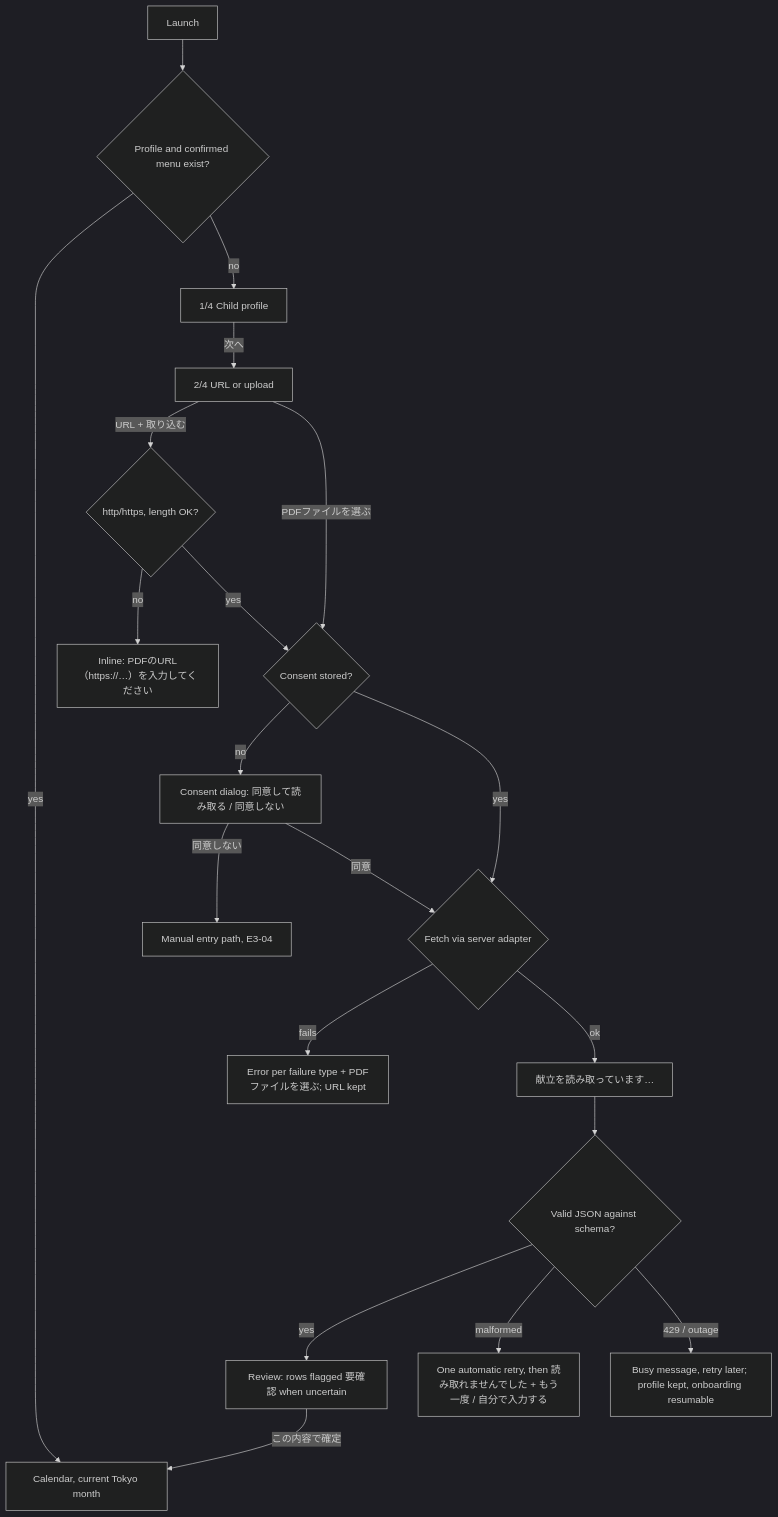
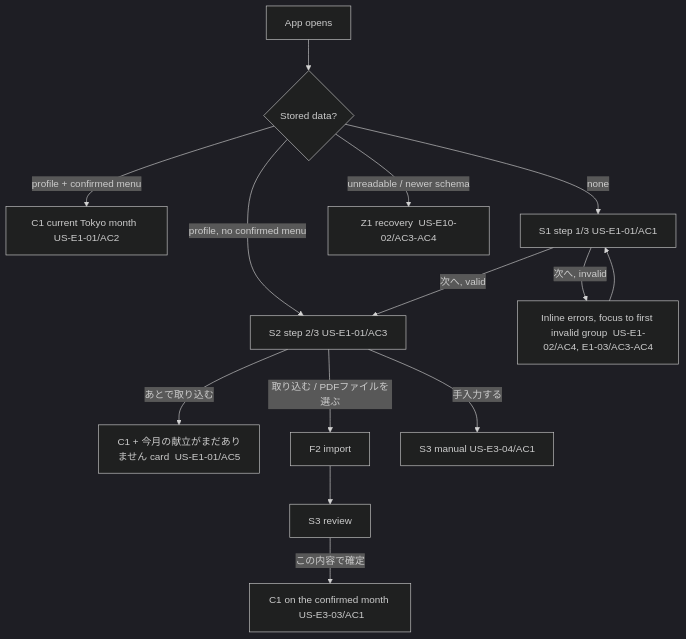
One commit to MrDrah/BentoMinder changed the first of 6 diagrams in design/flows.md. Above: the diagram before and after it, drawn with Mermaid (dark theme). The commit also changed other lines of this file and 74 other files, not shown here.

````diff
--- a/design/flows.md
+++ b/design/flows.md
@@ -28,22 +65,16 @@
 ```mermaid
 flowchart TD
-  A[Launch] --> B{Profile and confirmed menu exist?}
-  B -- yes --> C1[Calendar, current Tokyo month]
-  B -- no --> S1[1/4 Child profile]
-  S1 -->|次へ| S2[2/4 URL or upload]
-  S2 -->|URL + 取り込む| V{http/https, length OK?}
-  V -- no --> S2v[Inline: PDFのURL（https://…）を入力してください]
-  V -- yes --> K{Consent stored?}
-  S2 -->|PDFファイルを選ぶ| K
-  K -- no --> S2c[Consent dialog: 同意して読み取る / 同意しない]
-  S2c -- 同意しない --> S4m[Manual entry path, E3-04]
-  S2c -- 同意 --> F
-  K -- yes --> F{Fetch via server adapter}
-  F -- fails --> S2e[Error per failure type + PDFファイルを選ぶ; URL kept]
-  F -- ok --> S3[献立を読み取っています…]
-  S3 --> G{Valid JSON against schema?}
-  G -- yes --> S4[Review: rows flagged 要確認 when uncertain]
-  G -- malformed --> S3r[One automatic retry, then 読み取れませんでした + もう一度 / 自分で入力する]
-  G -- 429 / outage --> S3q[Busy message, retry later; profile kept, onboarding resumable]
-  S4 -->|この内容で確定| C1
+  A[App opens] --> B{Stored data?}
+  B -- profile + confirmed menu --> C1[C1 current Tokyo month  US-E1-01/AC2]
+  B -- profile, no confirmed menu --> S2[S2 step 2/3  US-E1-01/AC3]
+  B -- none --> S1[S1 step 1/3  US-E1-01/AC1]
+  B -- unreadable / newer schema --> Z1[Z1 recovery  US-E10-02/AC3-AC4]
+  S1 -->|次へ, valid| S2
+  S1 -->|次へ, invalid| S1e[Inline errors, focus to first invalid group  US-E1-02/AC4, E1-03/AC3-AC4]
+  S1e --> S1
+  S2 -->|あとで取り込む| C1e[C1 + 今月の献立がまだありません card  US-E1-01/AC5]
+  S2 -->|取り込む / PDFファイルを選ぶ| F2[F2 import]
+  S2 -->|手入力する| S3m[S3 manual  US-E3-04/AC1]
+  F2 --> S3[S3 review]
+  S3 -->|この内容で確定| C1m[C1 on the confirmed month  US-E3-03/AC1]
 ```
````
